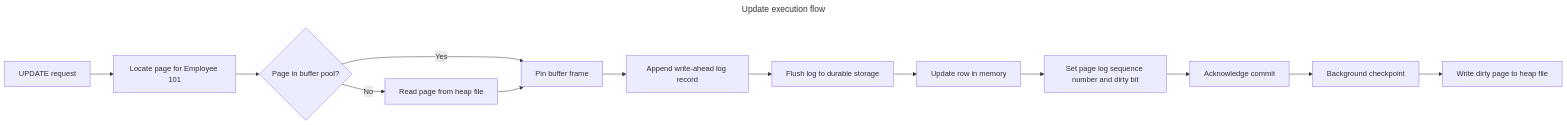
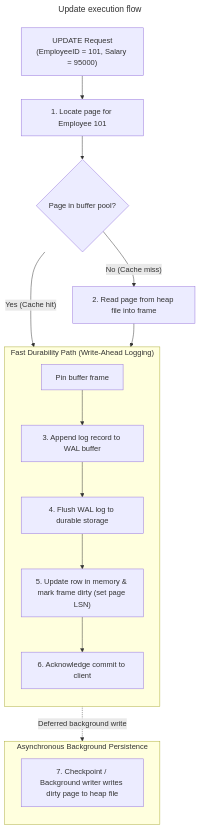
Before and after one commit to VineethChivukula/dedocs: the fourth of 4 diagrams in content/sql/database-storage-engine-internals.md, drawn with Mermaid. The commit also changed other lines of this file and 1 other file, not shown here.

Commit message:
Diagrams Enhancement

````diff
--- a/content/sql/database-storage-engine-internals.md
+++ b/content/sql/database-storage-engine-internals.md
@@ -309,18 +336,26 @@
 ```mermaid
 ---
 title: Update execution flow
 ---
-flowchart LR
-    A[UPDATE request] --> B[Locate page for Employee 101]
-    B --> C{Page in buffer pool?}
-    C -- Yes --> D[Pin buffer frame]
-    C -- No --> E[Read page from heap file]
-    E --> D
-    D --> F[Append write-ahead log record]
-    F --> G[Flush log to durable storage]
-    G --> H[Update row in memory]
-    H --> I[Set page log sequence number and dirty bit]
-    I --> J[Acknowledge commit]
-    J --> K[Background checkpoint]
-    K --> L[Write dirty page to heap file]
+flowchart TD
+    Req["UPDATE Request<br/>(EmployeeID = 101, Salary = 95000)"]
+    Req --> Step1["1. Locate page for Employee 101"]
+    Step1 --> Check{"Page in buffer pool?"}
+
+    Check -- "Yes (Cache hit)" --> Pin["Pin buffer frame"]
+    Check -- "No (Cache miss)" --> ReadDisk["2. Read page from heap file into frame"]
+    ReadDisk --> Pin
+
+    subgraph FastPath ["Fast Durability Path (Write-Ahead Logging)"]
+        direction TB
+        Pin --> Step3["3. Append log record to WAL buffer"]
+        Step3 --> Step4["4. Flush WAL log to durable storage"]
+        Step4 --> Step5["5. Update row in memory & mark frame dirty (set page LSN)"]
+        Step5 --> Step6["6. Acknowledge commit to client"]
+    end
+
+    subgraph AsyncPath ["Asynchronous Background Persistence"]
+        direction TB
+        Step6 -.->|"Deferred background write"| Step7["7. Checkpoint / Background writer writes dirty page to heap file"]
+    end
 ```
````
